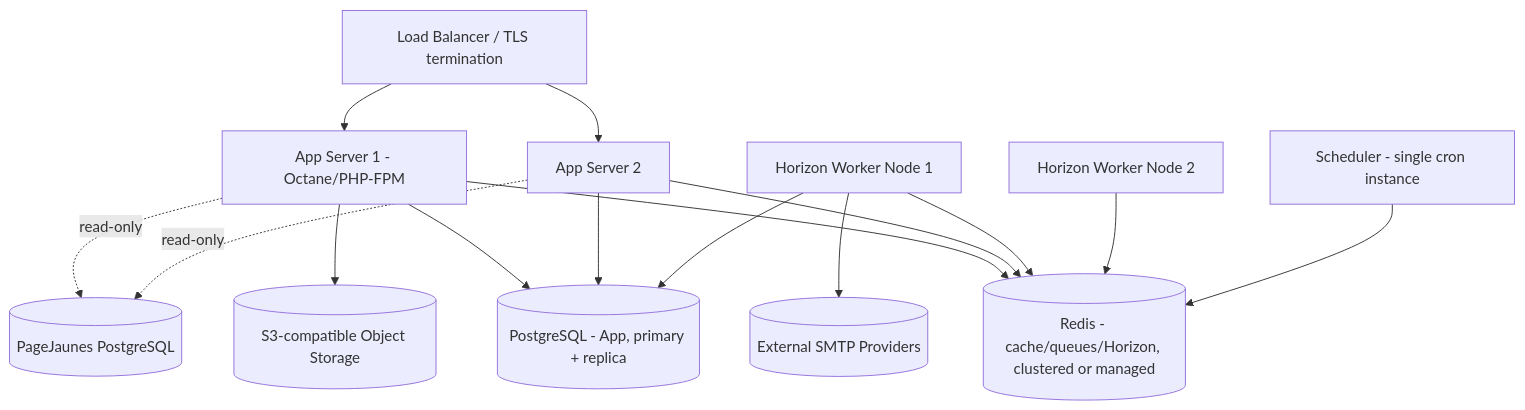
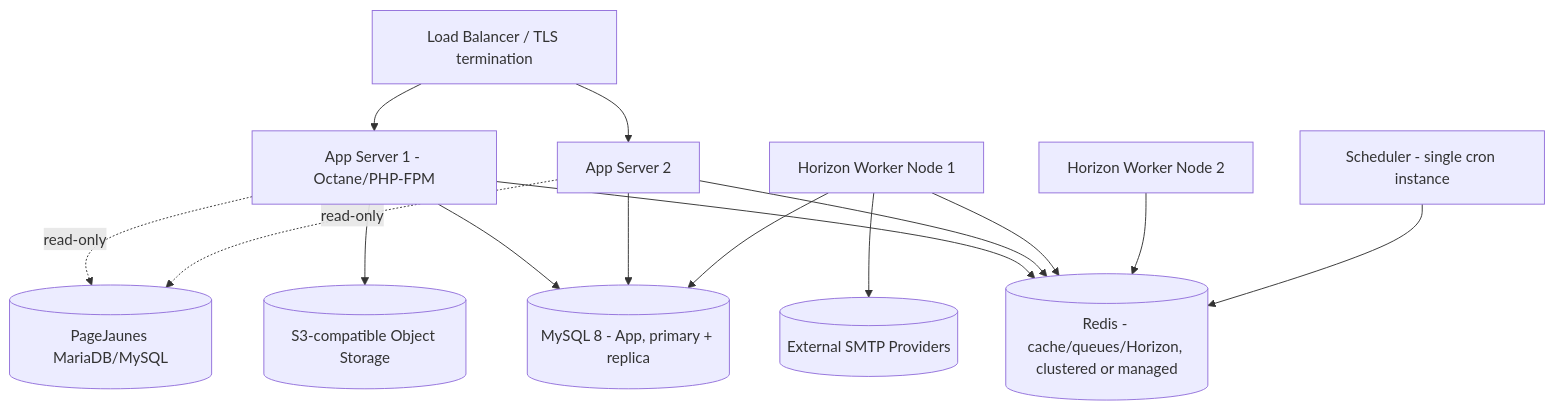
The diagram in docs/33-deployment.md (oualaeddine/emailer), drawn with Mermaid before and after one commit. The commit also changed other lines of this file and 9 other files, not shown here.

````diff
--- a/docs/33-deployment.md
+++ b/docs/33-deployment.md
@@ -13,17 +15,17 @@
 ```mermaid
 graph TB
     LB[Load Balancer / TLS termination] --> Web1[App Server 1 - Octane/PHP-FPM]
     LB --> Web2[App Server 2]
-    Web1 --> AppDB[(PostgreSQL - App, primary + replica)]
+    Web1 --> AppDB[(MySQL 8 - App, primary + replica)]
     Web2 --> AppDB
     Web1 --> Redis[(Redis - cache/queues/Horizon, clustered or managed)]
     Web2 --> Redis
-    Web1 -.read-only.-> PJDB[(PageJaunes PostgreSQL)]
+    Web1 -.read-only.-> PJDB[(PageJaunes MariaDB/MySQL)]
     Web2 -.read-only.-> PJDB
     Worker1[Horizon Worker Node 1] --> Redis
     Worker2[Horizon Worker Node 2] --> Redis
     Worker1 --> AppDB
     Scheduler[Scheduler - single cron instance] --> Redis
     Web1 --> ObjStore[(S3-compatible Object Storage)]
     Worker1 --> SMTP[(External SMTP Providers)]
 ```
````
